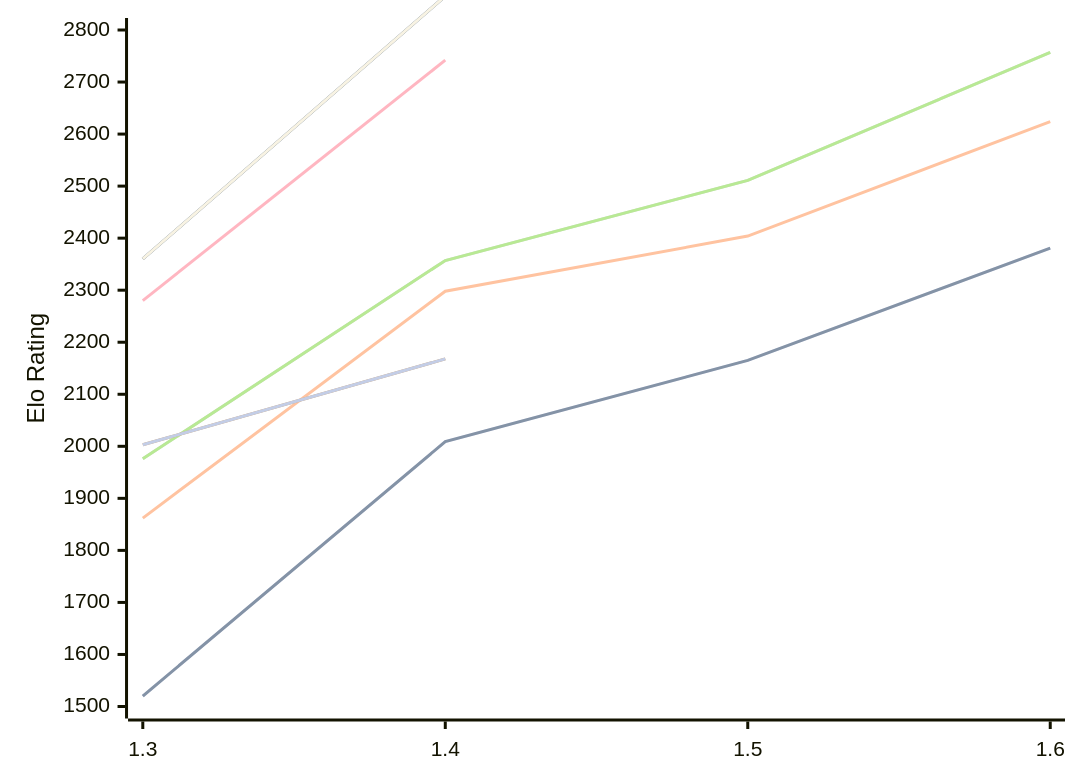
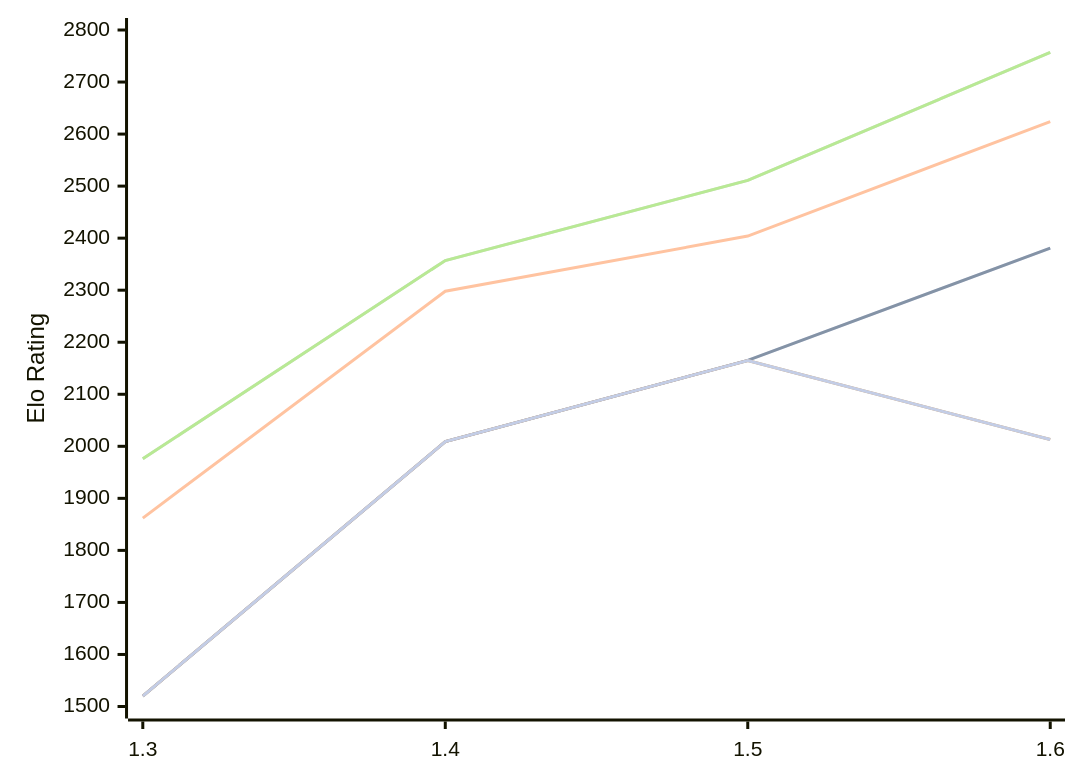
One commit to computer-chess-index/cci changed the diagram in engines/Facon.md. Above: the diagram before and after it, drawn with Mermaid. The commit also changed other lines of this file, not shown here.

Commit message:
Update CCI Ratings (ELO VLTC) - 2026-10-11

````diff
--- a/engines/Facon.md
+++ b/engines/Facon.md
@@ -51,16 +51,13 @@
 ```mermaid
 %%{init: {"theme":"base","themeVariables":{"seriesColors:['#a3a3a3','#222221','#faa371']}}}%%
 xychart-beta
   x-axis ["1.3", "1.4", "1.5", "1.6"]
   y-axis "Elo Rating" 1500 --> 2800
   line "" [1520, 2009, 2165, 2381]
   line "T1: STC (8.0+0.08s)" [1520, 2009, 2165, 2381]
   line "T1: LTC (60.0+0.60s)" [1862, 2298, 2404, 2624]
   line "" [1976, 2357, 2511, 2757]
   line "T1: VLTC (2m24s+1.12s)" [1976, 2357, 2511, 2757]
-  line "" [2003, 2168]
-  line "E1: STC (8.0+0.08s)" [2003, 2168]
-  line "E1: LTC (60.0+0.60s)" [2280, 2742]
-  line "" [2360, 2865]
-  line "E1: VLTC (2m24s+1.12s)" [2360, 2865]
+  line "" [1520, 2009, 2165,2013, 2196]
+  line "E1: STC (8.0+0.08s)" [1520, 2009, 2165,2013, 2196]
 ```
````
